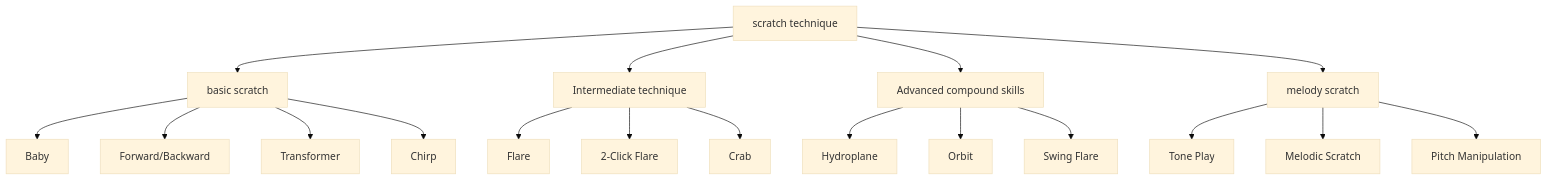
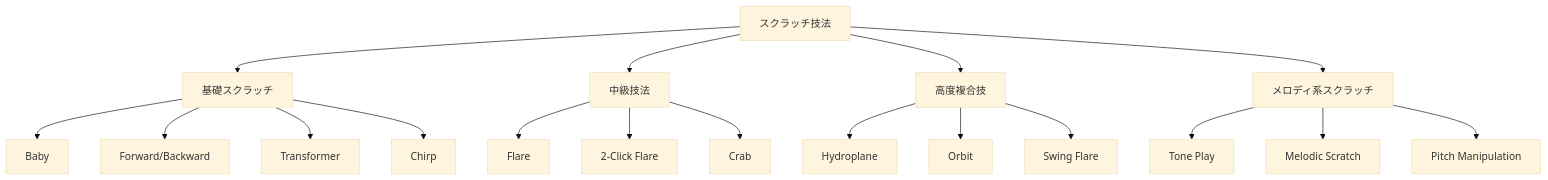
One commit to monumental-movement/monumental-movement.github.io changed the second of 9 diagrams in en/_posts/2025-11-23-column-dmc-world-dj-championship.md. Above: the diagram before and after it, drawn with Mermaid (base theme). The commit also changed other lines of this file and 2196 other files, not shown here.

```diff
--- a/en/_posts/2025-11-23-column-dmc-world-dj-championship.md
+++ b/en/_posts/2025-11-23-column-dmc-world-dj-championship.md
@@ -256,24 +255,24 @@
 <div class="mermaid">
 flowchart TD
-    A[scratch technique] --> B[basic scratch]
-    A --> C[Intermediate technique]
-    A --> D[Advanced compound skills]
-    A --> E[melody scratch]
+    A[スクラッチ技法] --> B[基礎スクラッチ]
+    A --> C[中級技法]
+    A --> D[高度複合技]
+    A --> E[メロディ系スクラッチ]
     
     B --> B1[Baby]
     B --> B2[Forward/Backward]
     B --> B3[Transformer]
     B --> B4[Chirp]
 
     C --> C1[Flare]
     C --> C2[2-Click Flare]
     C --> C3[Crab]
 
     D --> D1[Hydroplane]
     D --> D2[Orbit]
     D --> D3[Swing Flare]
 
     E --> E1[Tone Play]
     E --> E2[Melodic Scratch]
     E --> E3[Pitch Manipulation]
 </div>
```
